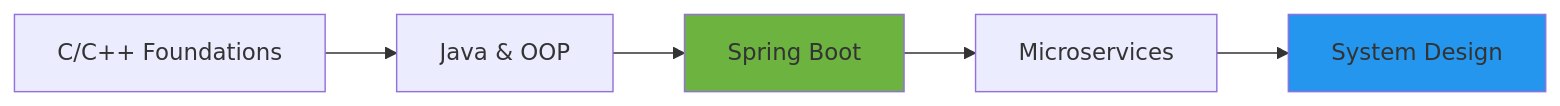
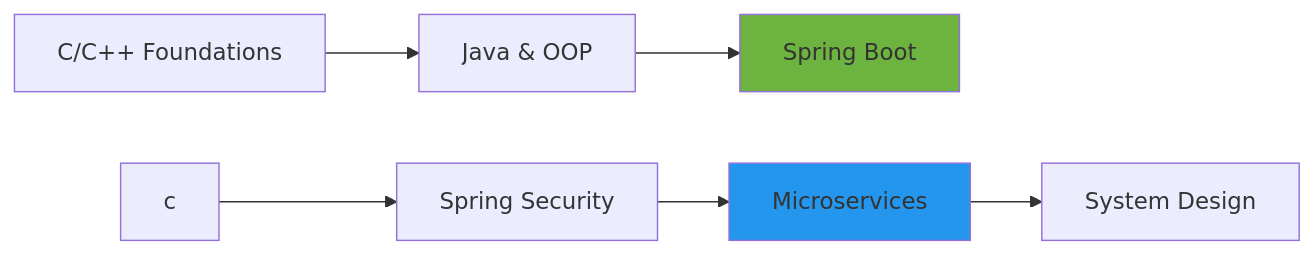
The diagram in README.md (nabinoli99/nabinoli99), drawn with Mermaid before and after one commit.

````diff
--- a/README.md
+++ b/README.md
@@ -89,11 +89,12 @@
 ```mermaid
 graph LR
     A[C/C++ Foundations] --> B[Java & OOP]
     B --> C[Spring Boot]
-    C --> D[Microservices]
-    D --> E[System Design]
+    c --> D[Spring Security]
+    D --> E[Microservices]
+    E --> F[System Design]
     
     style C fill:#6DB33F
     style D fill:#orange
     style E fill:#2496ED
 ```
````
